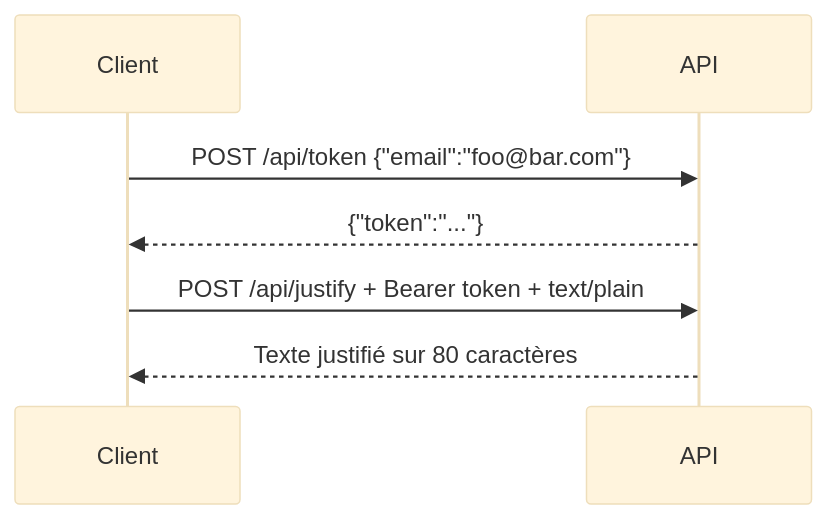
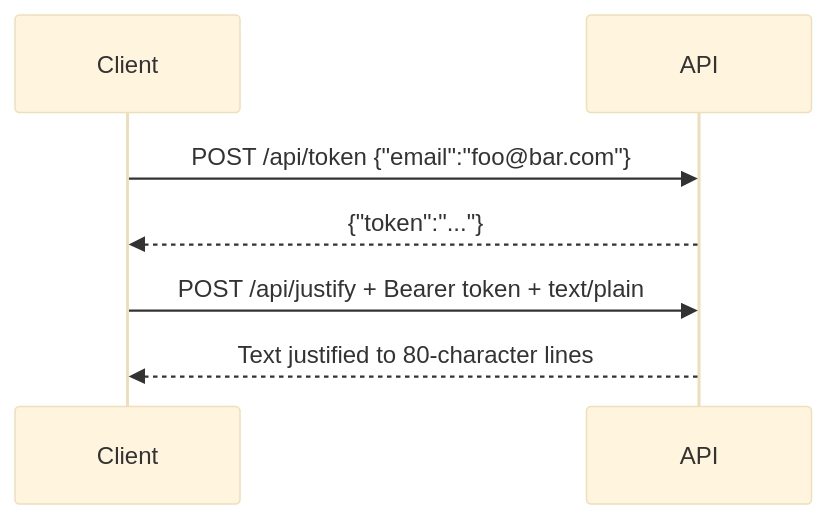
One commit to aicha-btn/tictactrip-justify-api-ts changed the diagram in README.md. Above: the diagram before and after it, drawn with Mermaid (base theme). The commit also changed other lines of this file and 8 other files, not shown here.

````diff
--- a/README.md
+++ b/README.md
@@ -47,11 +47,11 @@
 ```mermaid
 sequenceDiagram
   participant Client
   participant API
 
   Client->>API: POST /api/token {"email":"foo@bar.com"}
   API-->>Client: {"token":"..."}
 
   Client->>API: POST /api/justify + Bearer token + text/plain
-  API-->>Client: Texte justifié sur 80 caractères
+  API-->>Client: Text justified to 80-character lines
 ```
````
